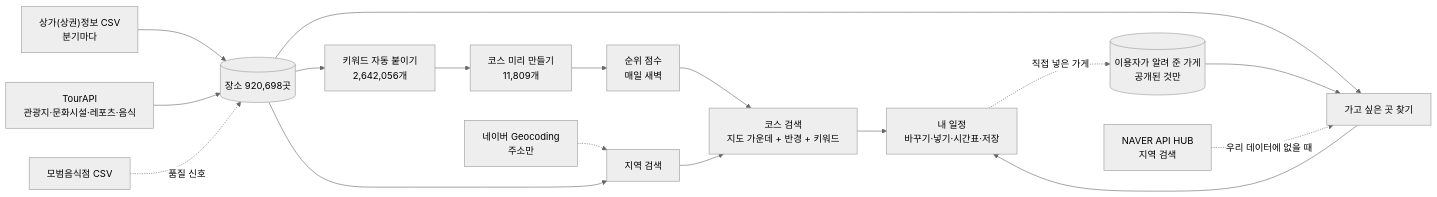
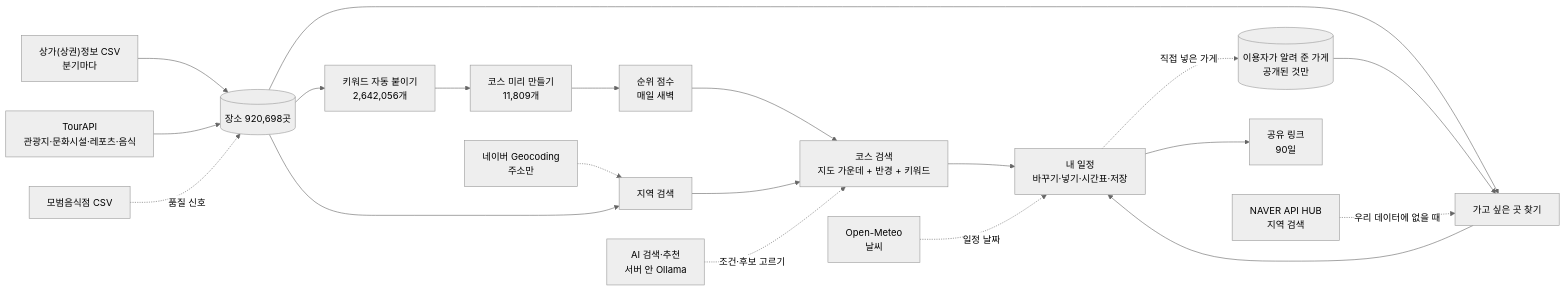
The diagram in docs/동작방식.md (kimseongmin0301/date-course), drawn with Mermaid (neutral theme) before and after one commit. The commit also changed other lines of this file and 3 other files, not shown here.

````diff
--- a/docs/동작방식.md
+++ b/docs/동작방식.md
@@ -6,19 +6,22 @@
 ```mermaid
 flowchart LR
   CSV["상가(상권)정보 CSV<br/>분기마다"] --> P[(장소 920,698곳)]
   Tour["TourAPI<br/>관광지·문화시설·레포츠·음식"] --> P
   Model["모범음식점 CSV"] -.품질 신호.-> P
   P --> K["키워드 자동 붙이기<br/>2,642,056개"]
   K --> C["코스 미리 만들기<br/>11,809개"]
   C --> S["순위 점수<br/>매일 새벽"]
   S --> API["코스 검색<br/>지도 가운데 + 반경 + 키워드"]
   Geo["네이버 Geocoding<br/>주소만"] -.-> Loc["지역 검색"]
   P --> Loc
   Loc --> API
   API --> Plan["내 일정<br/>바꾸기·넣기·시간표·저장"]
   P --> Find["가고 싶은 곳 찾기"]
   Sug[(이용자가 알려 준 가게<br/>공개된 것만)] --> Find
   Hub["NAVER API HUB<br/>지역 검색"] -.우리 데이터에 없을 때.-> Find
   Find --> Plan
   Plan -.직접 넣은 가게.-> Sug
+  Meteo["Open-Meteo<br/>날씨"] -.일정 날짜.-> Plan
+  Plan --> Share["공유 링크<br/>90일"]
+  AI["AI 검색·추천<br/>서버 안 Ollama"] -.조건·후보 고르기.-> API
 ```
````
